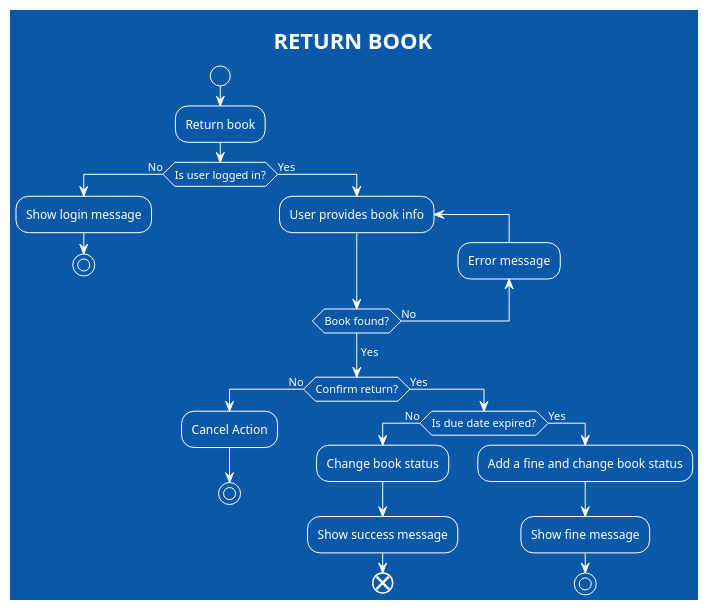
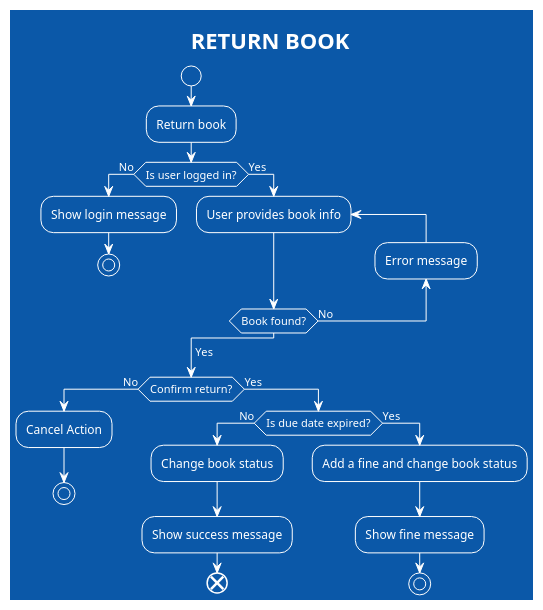
The sixth of 7 diagrams in flowcharts/flowchart-diagrams.md (Gabe-Alvess/LibraryAppDiagrams), drawn with PlantUML before and after one commit. The commit also changed other lines of this file and 4 other files, not shown here.

````diff
--- a/flowcharts/flowchart-diagrams.md
+++ b/flowcharts/flowchart-diagrams.md
@@ -143,33 +161,36 @@
 ```plantuml
 
 @startuml
 
 !theme amiga
 title RETURN BOOK
 
 start
 :Return book;
 if (Is user logged in?) then (No)
-:Show login message;
-stop
+    :Show login message;
+    stop
 else (Yes)
-repeat:User provides book info;
-backward:Error message;
-repeat while (Book found?) is (No)
+    repeat:User provides book info;
+    backward:Error message;
+    repeat while (Book found?) is (No)
+endif
 ->Yes;
 if (Confirm return?) then (No)
-:Cancel Action;
-stop
+    :Cancel Action;
+    stop
 else (Yes)
-if (Is due date expired?) then (No)
-:Change book status;
-:Show success message;
-end
-else (Yes)
-:Add a fine and change book status;
-:Show fine message;
-stop
+    if (Is due date expired?) then (No)
+        :Change book status;
+        :Show success message;
+        end
+    else (Yes)
+        :Add a fine and change book status;
+        :Show fine message;
+        stop
+    endif
+endif
 
 @enduml
 
 ```
````
